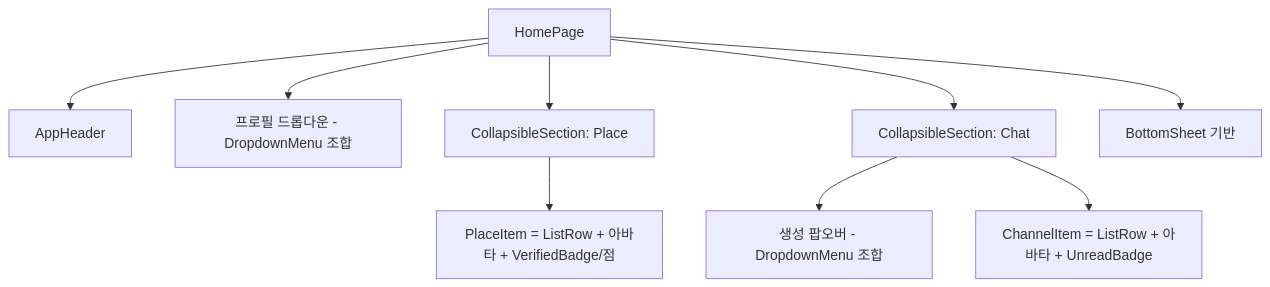
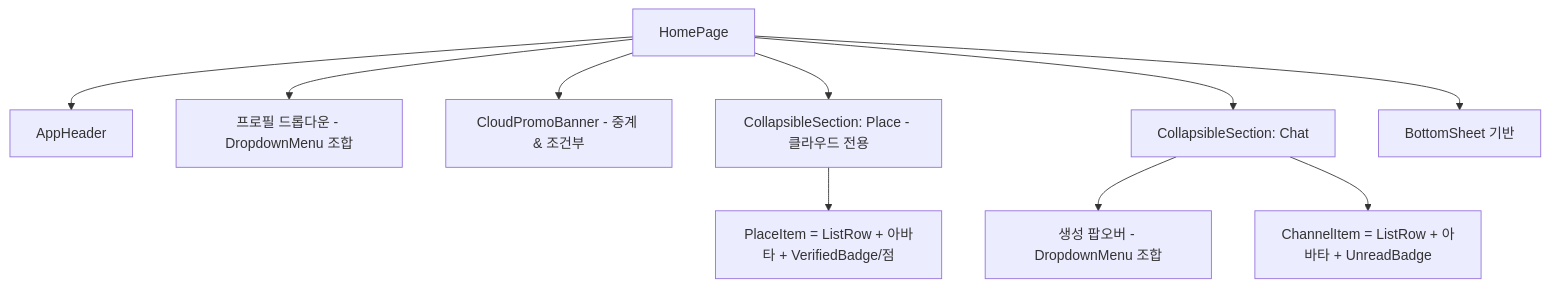
The sixth of 6 diagrams in apps/web/docs/feature/home/README.md (lemoncloud-io/dou-app), drawn with Mermaid before and after one commit. The commit also changed other lines of this file and 4 other files, not shown here.

````diff
--- a/apps/web/docs/feature/home/README.md
+++ b/apps/web/docs/feature/home/README.md
@@ -101,11 +176,12 @@
 ```mermaid
 flowchart TD
     HomePage --> AppHeader
     HomePage --> HeaderProfileMenu[프로필 드롭다운 - DropdownMenu 조합]
-    HomePage --> PlaceSection[CollapsibleSection: Place]
+    HomePage --> Promo[CloudPromoBanner - 중계 & 조건부]
+    HomePage --> PlaceSection[CollapsibleSection: Place - 클라우드 전용]
     HomePage --> ChatSection[CollapsibleSection: Chat]
     PlaceSection --> PlaceItem[PlaceItem = ListRow + 아바타 + VerifiedBadge/점]
     ChatSection --> CreatePopover[생성 팝오버 - DropdownMenu 조합]
     ChatSection --> ChannelItem[ChannelItem = ListRow + 아바타 + UnreadBadge]
     HomePage --> CloudSessionSheet[BottomSheet 기반]
 ```
````
